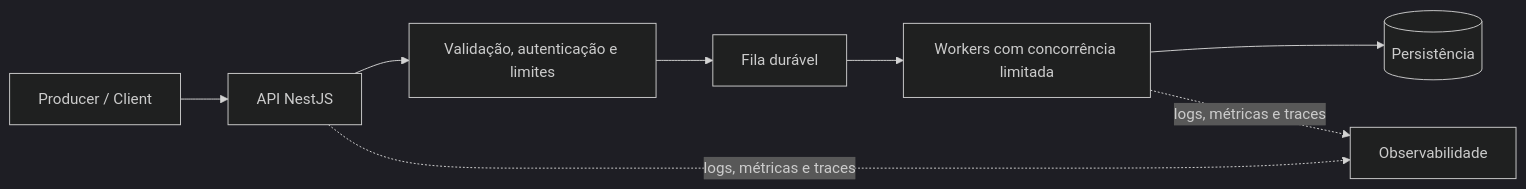
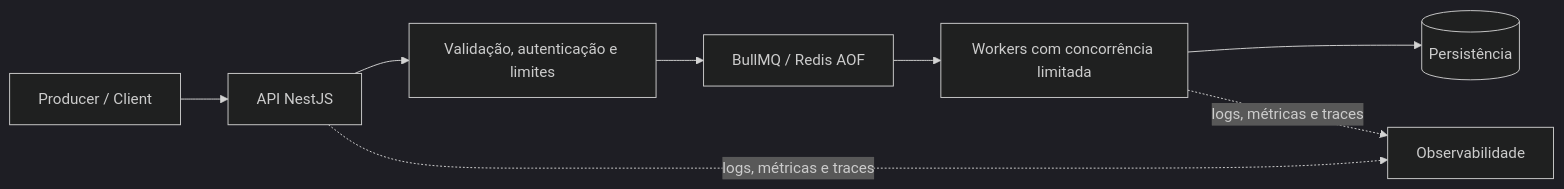
The second of 2 diagrams in docs/architecture.md (iugorsette/nestjs-event-driven-engine), drawn with Mermaid (dark theme) before and after one commit. The commit also changed other lines of this file and 7 other files, not shown here.

````diff
--- a/docs/architecture.md
+++ b/docs/architecture.md
@@ -23,10 +23,10 @@
 ```mermaid
 flowchart LR
   Producer[Producer / Client] --> Gateway[API NestJS]
   Gateway --> Admission[Validação, autenticação e limites]
-  Admission --> Queue[Fila durável]
+  Admission --> Queue[BullMQ / Redis AOF]
   Queue --> Worker[Workers com concorrência limitada]
   Worker --> Store[(Persistência)]
   Gateway -. logs, métricas e traces .-> Obs[Observabilidade]
   Worker -. logs, métricas e traces .-> Obs
 ```
````
